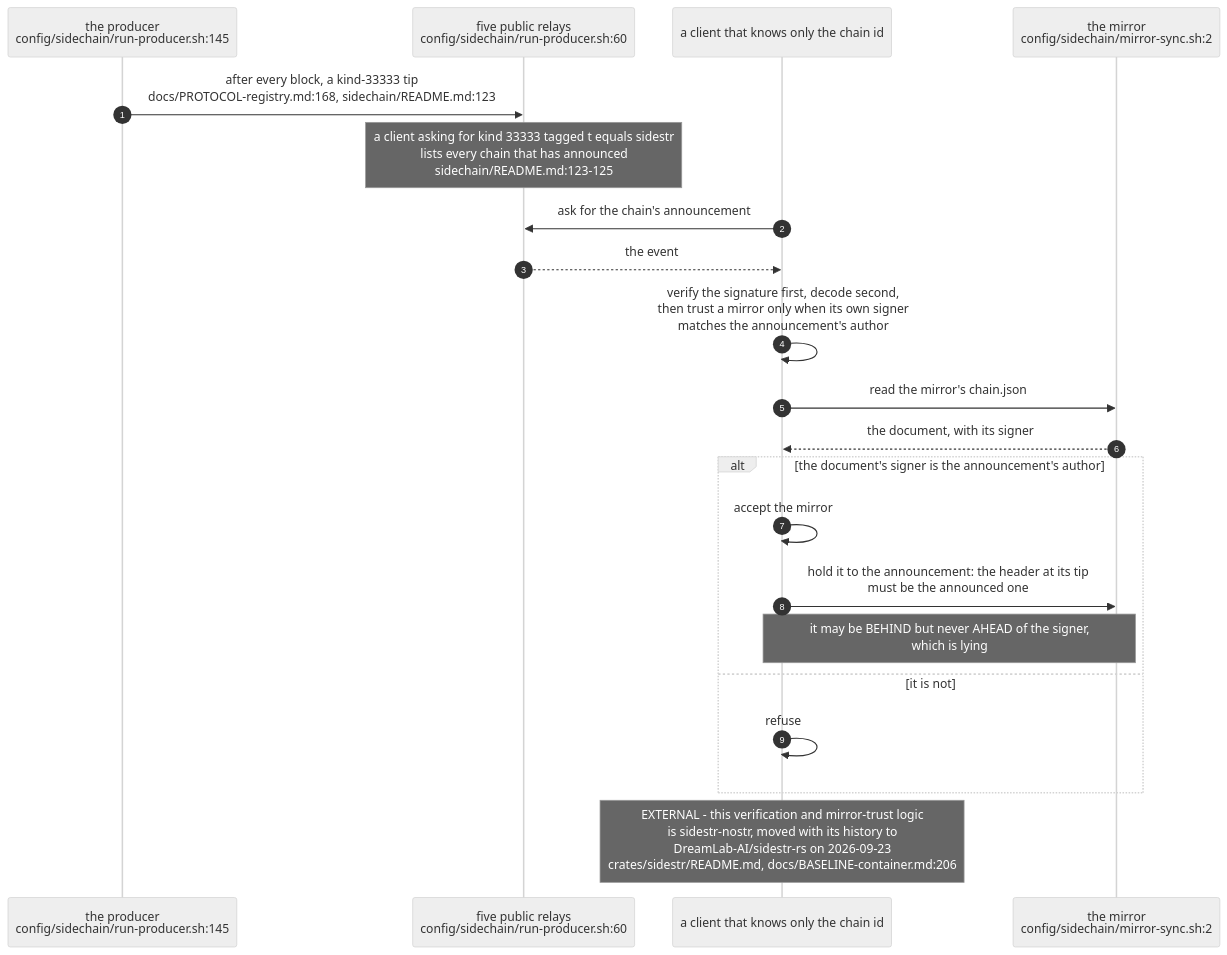
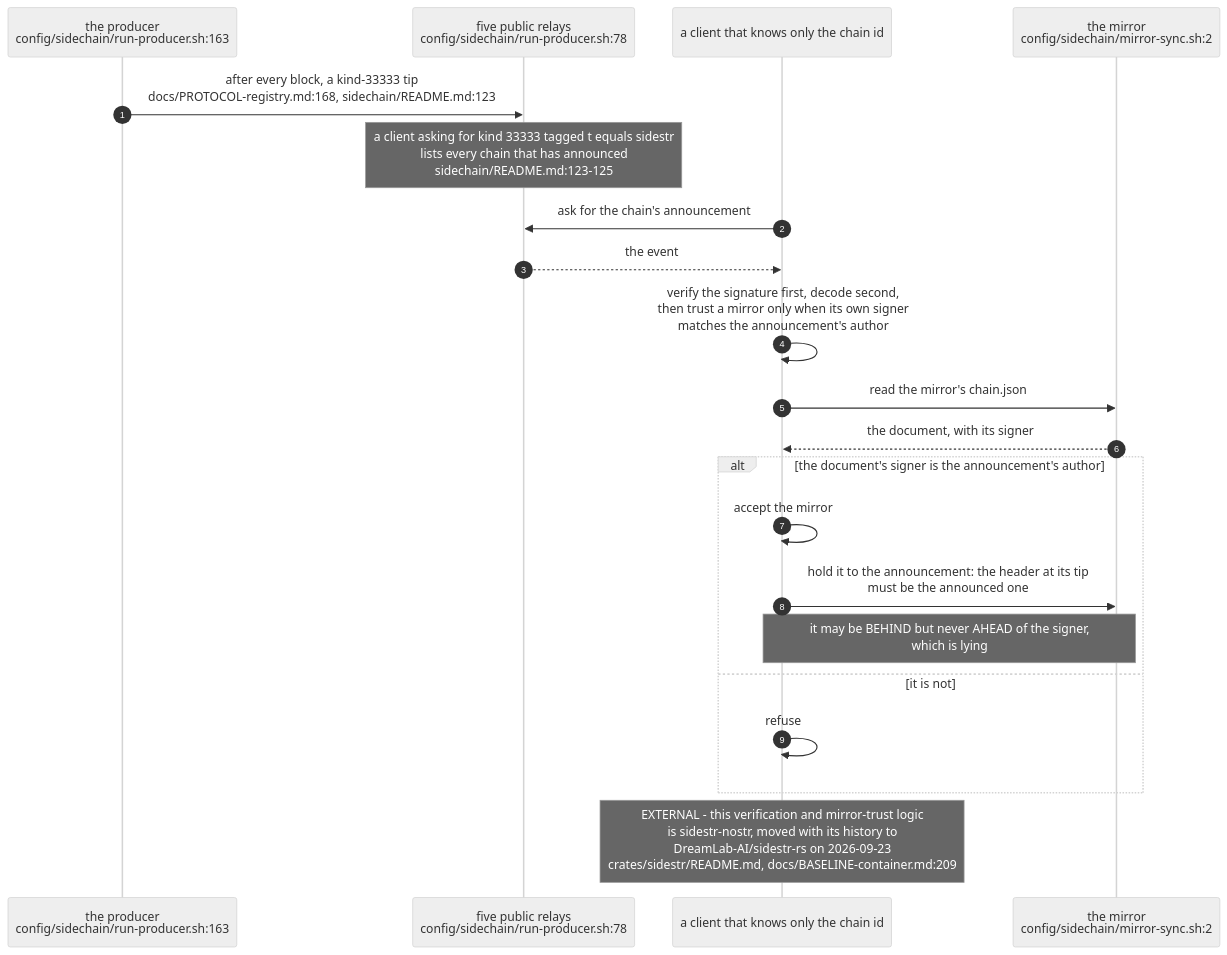
One commit to DreamLab-AI/VisionFlow changed the second of 6 diagrams in docs/diagrams/agentbox/34-sidestr-interim-producer-and-mirror.md. Above: the diagram before and after it, drawn with Mermaid (neutral theme). The commit also changed other lines of this file and 4 other files, not shown here.

````diff
--- a/docs/diagrams/agentbox/34-sidestr-interim-producer-and-mirror.md
+++ b/docs/diagrams/agentbox/34-sidestr-interim-producer-and-mirror.md
@@ -111,24 +111,24 @@
 ```mermaid
 sequenceDiagram
     autonumber
-    participant PR as the producer<br/>config/sidechain/run-producer.sh:145
-    participant RL as five public relays<br/>config/sidechain/run-producer.sh:60
+    participant PR as the producer<br/>config/sidechain/run-producer.sh:163
+    participant RL as five public relays<br/>config/sidechain/run-producer.sh:78
     participant CL as a client that knows only the chain id
     participant MI as the mirror<br/>config/sidechain/mirror-sync.sh:2
 
     PR->>RL: after every block, a kind-33333 tip<br/>docs/PROTOCOL-registry.md:168, sidechain/README.md:123
     Note over RL: a client asking for kind 33333 tagged t equals sidestr<br/>lists every chain that has announced<br/>sidechain/README.md:123-125
     CL->>RL: ask for the chain's announcement
     RL-->>CL: the event
     CL->>CL: verify the signature first, decode second,<br/>then trust a mirror only when its own signer<br/>matches the announcement's author
     CL->>MI: read the mirror's chain.json
     MI-->>CL: the document, with its signer
     alt the document's signer is the announcement's author
         CL->>CL: accept the mirror
         CL->>MI: hold it to the announcement: the header at its tip<br/>must be the announced one
         Note over CL,MI: it may be BEHIND but never AHEAD of the signer,<br/>which is lying
     else it is not
         CL->>CL: refuse
     end
-    Note over CL: EXTERNAL - this verification and mirror-trust logic<br/>is sidestr-nostr, moved with its history to<br/>DreamLab-AI/sidestr-rs on 2026-09-23<br/>crates/sidestr/README.md, docs/BASELINE-container.md:206
+    Note over CL: EXTERNAL - this verification and mirror-trust logic<br/>is sidestr-nostr, moved with its history to<br/>DreamLab-AI/sidestr-rs on 2026-09-23<br/>crates/sidestr/README.md, docs/BASELINE-container.md:209
 ```
````
